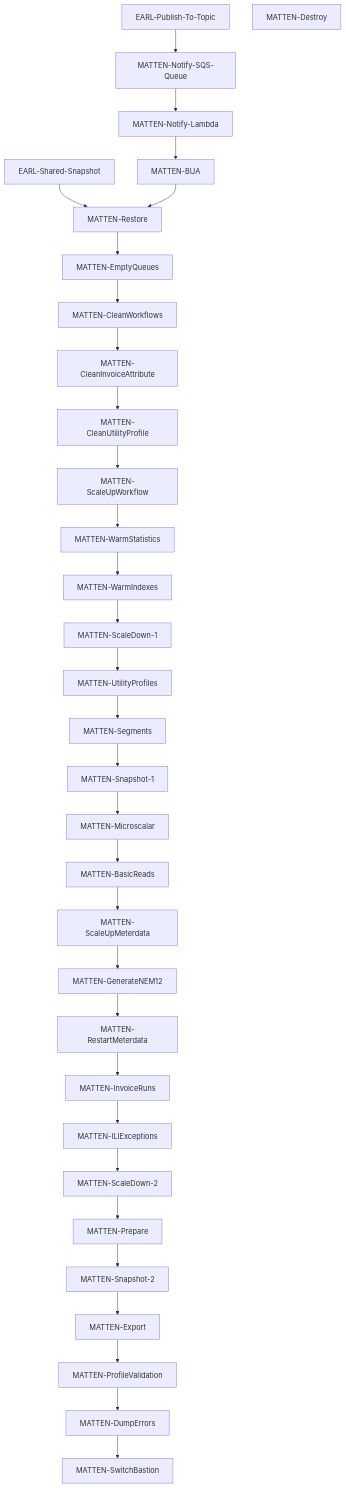
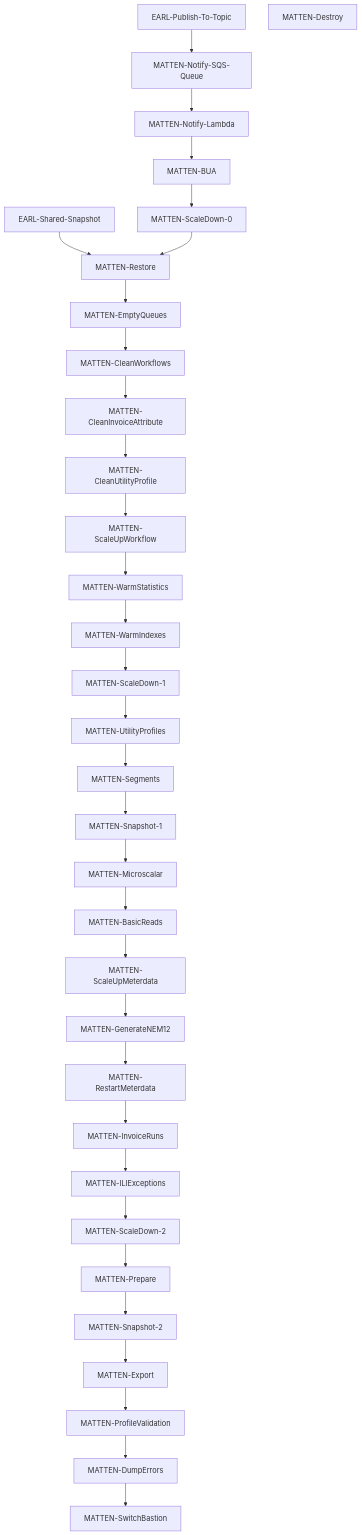
The second of 2 diagrams in README.md (madeesha/bua), drawn with Mermaid before and after one commit.

Commit message:
Update README with current matten pipeline sequence

````diff
--- a/README.md
+++ b/README.md
@@ -75,34 +75,35 @@
 ```mermaid
 graph TD;
 EARL-Publish-To-Topic --> MATTEN-Notify-SQS-Queue;
 MATTEN-Notify-SQS-Queue --> MATTEN-Notify-Lambda;
 MATTEN-Notify-Lambda --> MATTEN-BUA;
 EARL-Shared-Snapshot --> MATTEN-Restore;
-MATTEN-BUA --> MATTEN-Restore;
+MATTEN-BUA --> MATTEN-ScaleDown-0;
+MATTEN-ScaleDown-0 --> MATTEN-Restore;
 MATTEN-Restore --> MATTEN-EmptyQueues;
 MATTEN-EmptyQueues --> MATTEN-CleanWorkflows;
 MATTEN-CleanWorkflows --> MATTEN-CleanInvoiceAttribute;
 MATTEN-CleanInvoiceAttribute --> MATTEN-CleanUtilityProfile;
 MATTEN-CleanUtilityProfile --> MATTEN-ScaleUpWorkflow;
 MATTEN-ScaleUpWorkflow --> MATTEN-WarmStatistics;
 MATTEN-WarmStatistics --> MATTEN-WarmIndexes;
 MATTEN-WarmIndexes --> MATTEN-ScaleDown-1;
 MATTEN-ScaleDown-1 --> MATTEN-UtilityProfiles;
 MATTEN-UtilityProfiles --> MATTEN-Segments;
 MATTEN-Segments --> MATTEN-Snapshot-1;
 MATTEN-Snapshot-1 --> MATTEN-Microscalar;
 MATTEN-Microscalar --> MATTEN-BasicReads;
 MATTEN-BasicReads --> MATTEN-ScaleUpMeterdata;
 MATTEN-ScaleUpMeterdata --> MATTEN-GenerateNEM12;
 MATTEN-GenerateNEM12 --> MATTEN-RestartMeterdata;
 MATTEN-RestartMeterdata --> MATTEN-InvoiceRuns;
 MATTEN-InvoiceRuns --> MATTEN-ILIExceptions;
 MATTEN-ILIExceptions --> MATTEN-ScaleDown-2;
 MATTEN-ScaleDown-2 --> MATTEN-Prepare;
 MATTEN-Prepare --> MATTEN-Snapshot-2;
 MATTEN-Snapshot-2 --> MATTEN-Export;
 MATTEN-Export --> MATTEN-ProfileValidation;
 MATTEN-ProfileValidation --> MATTEN-DumpErrors;
 MATTEN-DumpErrors --> MATTEN-SwitchBastion;
 MATTEN-Destroy;
 ```
````
